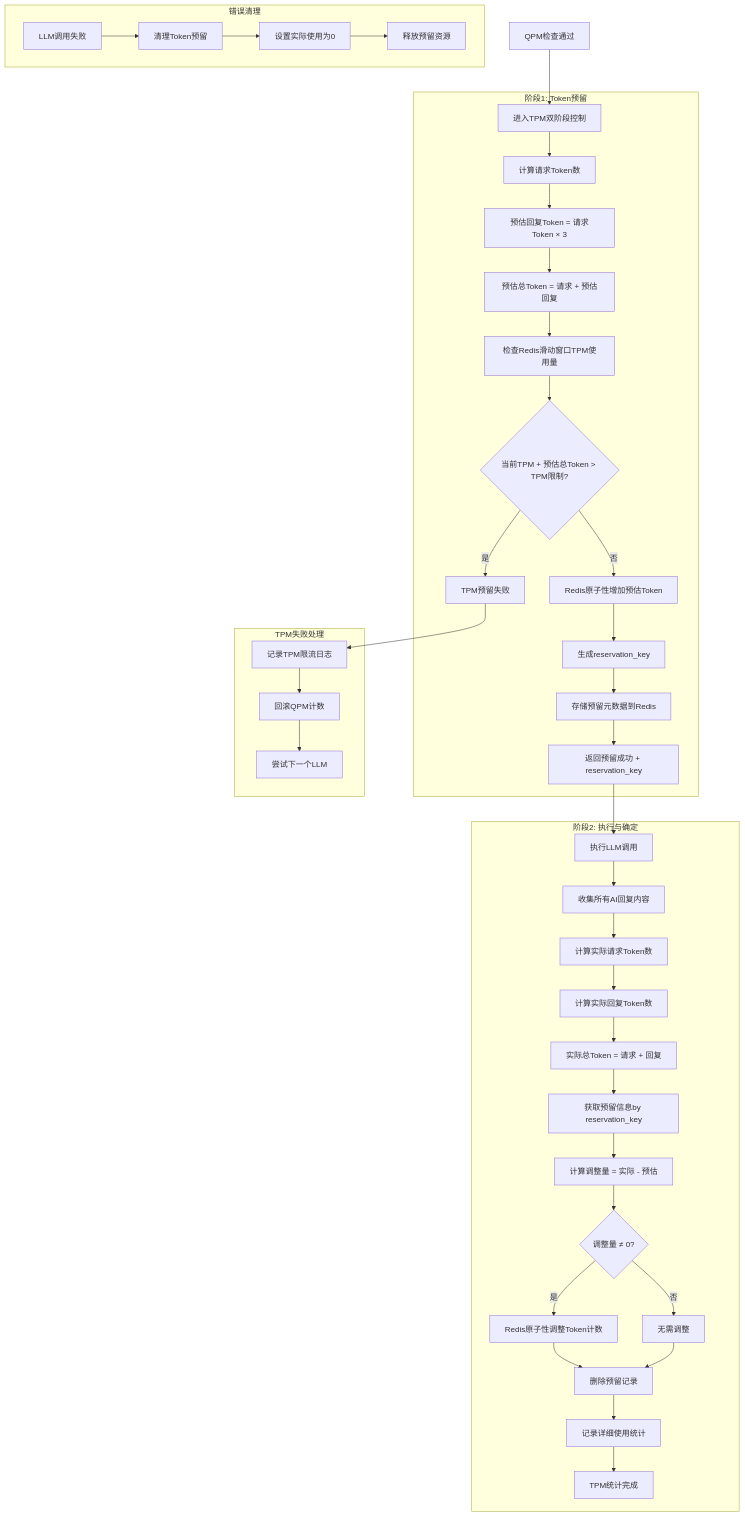
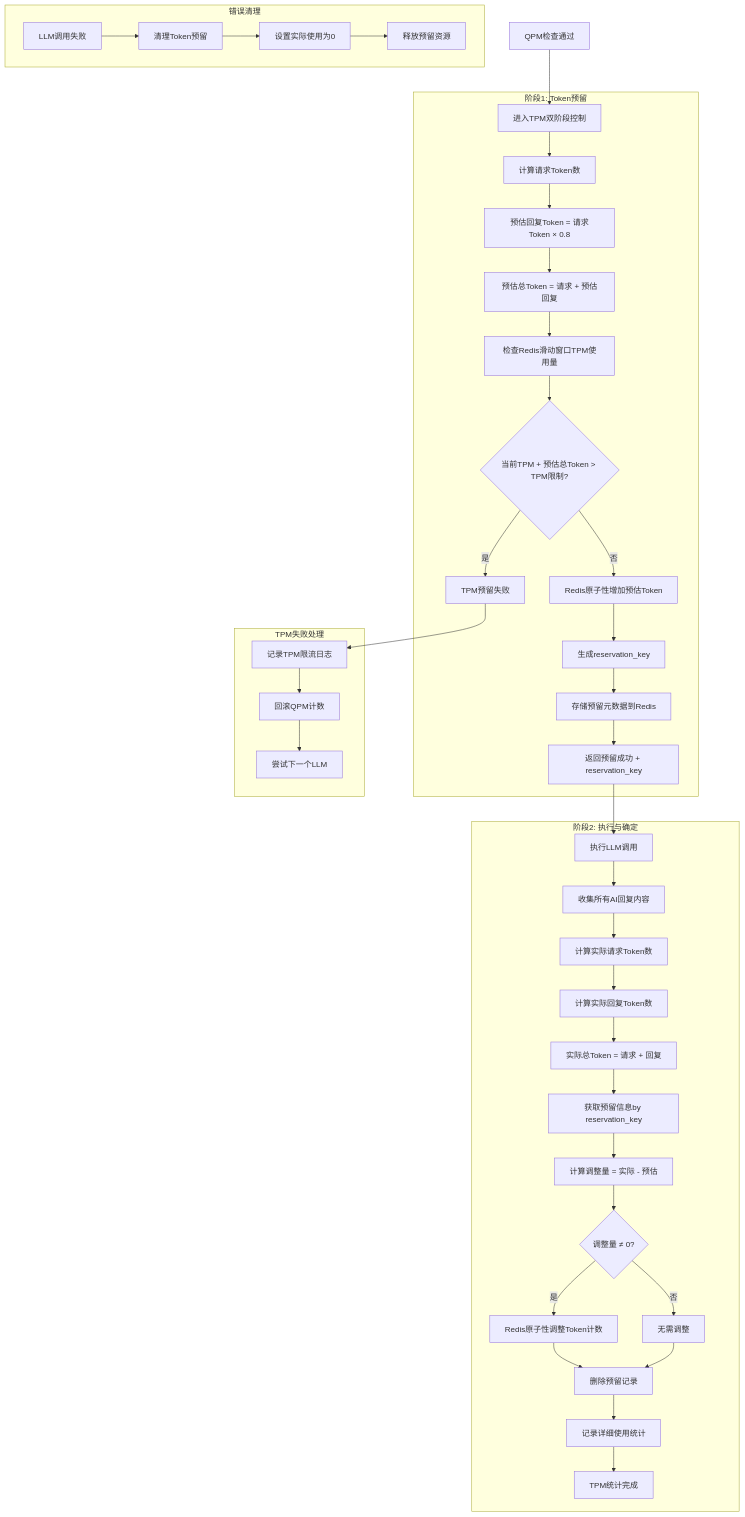
The second of 9 diagrams in CONTROL_WORKFLOW.md (GreaterChen/tax_agent), drawn with Mermaid before and after one commit. The commit also changed other lines of this file and 4 other files, not shown here.

Commit message:
更新流程圖

````diff
--- a/CONTROL_WORKFLOW.md
+++ b/CONTROL_WORKFLOW.md
@@ -43,46 +43,46 @@
 ```mermaid
 graph TD
     A["QPM检查通过"] --> B["进入TPM双阶段控制"]
     
     subgraph "阶段1: Token预留"
         B --> C["计算请求Token数"]
-        C --> D["预估回复Token = 请求Token × 3"]
+        C --> D["预估回复Token = 请求Token × 0.8"]
         D --> E["预估总Token = 请求 + 预估回复"]
         E --> F["检查Redis滑动窗口TPM使用量"]
         F --> G{当前TPM + 预估总Token > TPM限制?}
         G -->|是| H["TPM预留失败"]
         G -->|否| I["Redis原子性增加预估Token"]
         I --> J["生成reservation_key"]
         J --> K["存储预留元数据到Redis"]
         K --> L["返回预留成功 + reservation_key"]
     end
     
     subgraph "阶段2: 执行与确定"
         L --> M["执行LLM调用"]
         M --> N["收集所有AI回复内容"]
         N --> O["计算实际请求Token数"]
         O --> P["计算实际回复Token数"]
         P --> Q["实际总Token = 请求 + 回复"]
         Q --> R["获取预留信息by reservation_key"]
         R --> S["计算调整量 = 实际 - 预估"]
         S --> T{调整量 ≠ 0?}
         T -->|是| U["Redis原子性调整Token计数"]
         T -->|否| V["无需调整"]
         U --> W["删除预留记录"]
         V --> W
         W --> X["记录详细使用统计"]
         X --> Y["TPM统计完成"]
     end
     
     subgraph "TPM失败处理"
         H --> Z["记录TPM限流日志"]
         Z --> AA["回滚QPM计数"]
         AA --> BB["尝试下一个LLM"]
     end
     
     subgraph "错误清理"
         CC["LLM调用失败"] --> DD["清理Token预留"]
         DD --> EE["设置实际使用为0"]
         EE --> FF["释放预留资源"]
     end
 ```
````
